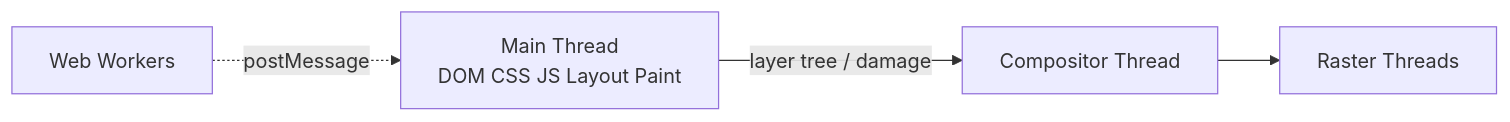
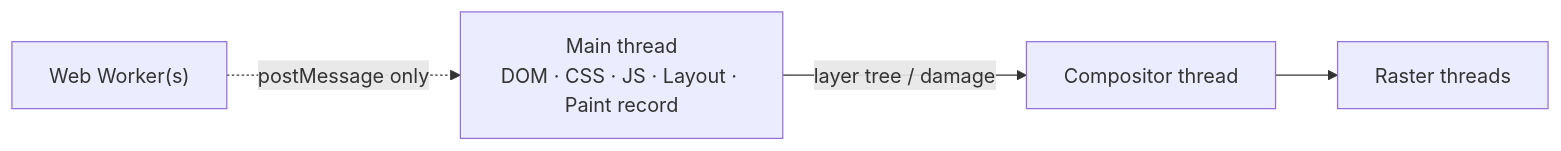
The fifth of 6 diagrams in docs/browser/01-architecture.md (prajjwaljogdand/FullstackPreparation), drawn with Mermaid before and after one commit. The commit also changed other lines of this file and 91 other files, not shown here.

````diff
--- a/docs/browser/01-architecture.md
+++ b/docs/browser/01-architecture.md
@@ -48,10 +323,10 @@
 ```mermaid
 flowchart LR
-  Main[Main Thread<br/>DOM CSS JS Layout Paint]
-  Comp[Compositor Thread]
-  Raster[Raster Threads]
-  Worker[Web Workers]
-  Main -->|layer tree / damage| Comp
+  Main["Main thread<br/>DOM · CSS · JS · Layout · Paint record"]
+  Comp["Compositor thread"]
+  Raster["Raster threads"]
+  Worker["Web Worker(s)"]
+  Main -->|"layer tree / damage"| Comp
   Comp --> Raster
-  Worker -.->|postMessage| Main
+  Worker -.->|"postMessage only"| Main
 ```
````
